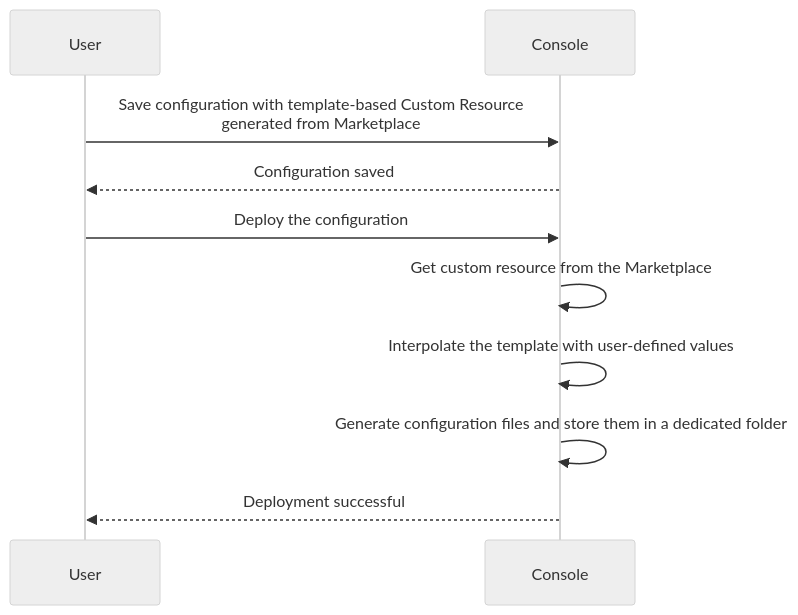
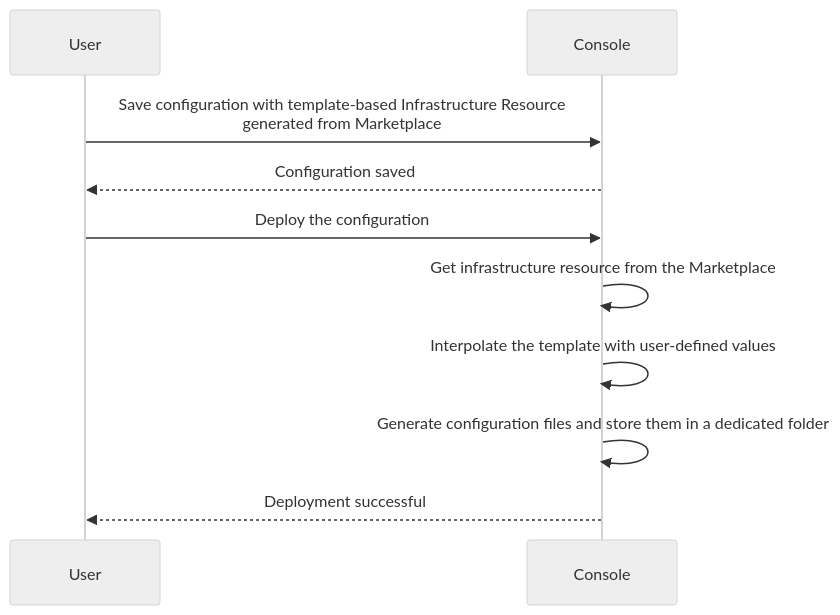
One commit to mia-platform/documentation changed the diagram in docs/console/design-your-projects/custom-resources/custom-resources.md. Above: the diagram before and after it, drawn with Mermaid (neutral theme). The commit also changed other lines of this file, not shown here.

````diff
--- a/docs/console/design-your-projects/custom-resources/custom-resources.md
+++ b/docs/console/design-your-projects/custom-resources/custom-resources.md
@@ -139,12 +141,12 @@
 ```mermaid
 sequenceDiagram
   participant User
   participant Console
-  User->>Console: Save configuration with template-based Custom Resource<br/>generated from Marketplace
+  User->>Console: Save configuration with template-based Infrastructure Resource<br/>generated from Marketplace
   Console-->>User: Configuration saved
   User->>Console: Deploy the configuration
-  Console->>Console: Get custom resource from the Marketplace
+  Console->>Console: Get infrastructure resource from the Marketplace
   Console->>Console: Interpolate the template with user-defined values
   Console->>Console: Generate configuration files and store them in a dedicated folder
   Console-->>User: Deployment successful
 ```
````
